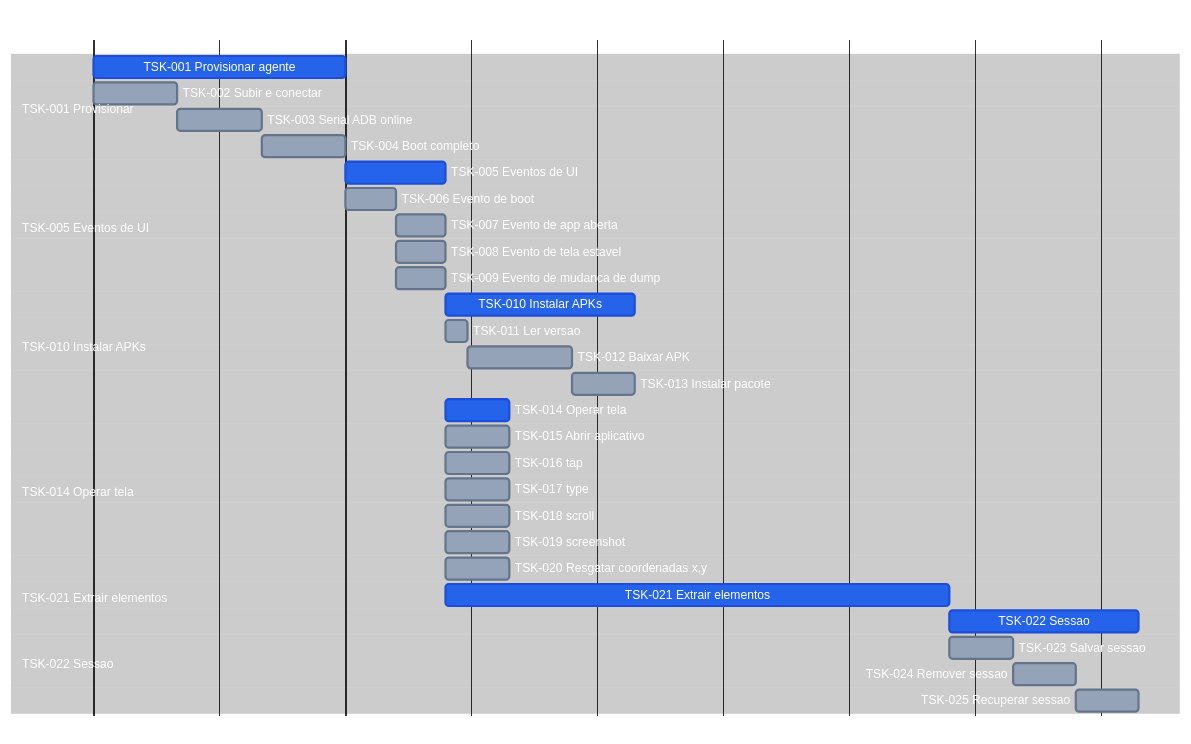
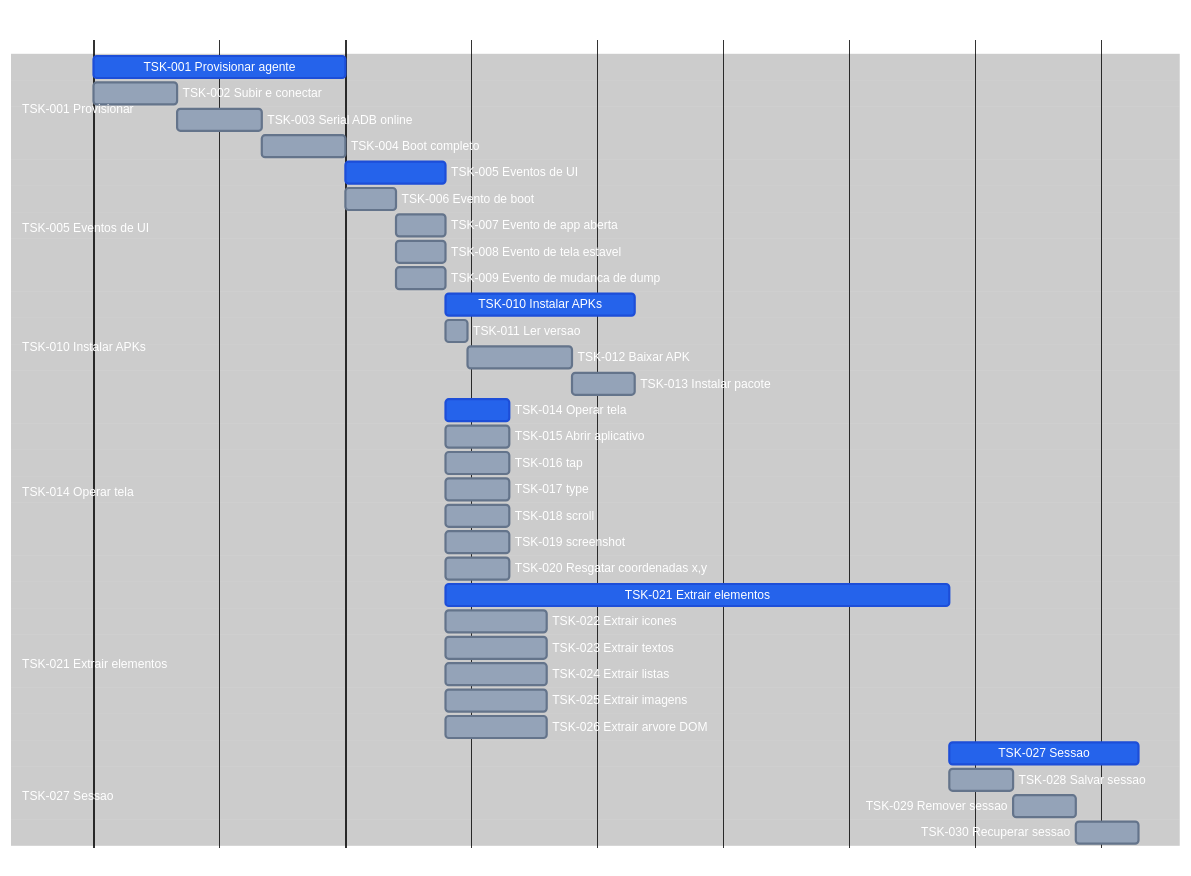
The diagram in connectmax/screen-robot/7.tasks.md (laerciogermano/workstation), drawn with Mermaid before and after one commit. The commit also changed other lines of this file and 8 other files, not shown here.

Commit message:
Expande Extrair elementos em ícones, textos, listas, imagens e árvore DOM.

````diff
--- a/connectmax/screen-robot/7.tasks.md
+++ b/connectmax/screen-robot/7.tasks.md
@@ -13,76 +13,81 @@
 ```mermaid
 ---
 config:
   theme: base
   themeVariables:
     darkMode: true
     background: '#000000'
     primaryTextColor: '#ffffff'
     secondaryTextColor: '#ffffff'
     tertiaryTextColor: '#ffffff'
     textColor: '#ffffff'
     lineColor: '#333333'
     mainBkg: '#000000'
     secondaryColor: '#000000'
     tertiaryColor: '#000000'
     sectionBkgColor: '#000000'
     sectionBkgColor2: '#000000'
     altSectionBkgColor: '#000000'
     gridColor: '#222222'
     excludeBkgColor: '#000000'
     todayLineColor: '#444444'
     doneTaskBkgColor: '#2563eb'
     doneTaskBorderColor: '#1d4ed8'
     taskBkgColor: '#94a3b8'
     taskBorderColor: '#64748b'
     taskTextColor: '#ffffff'
     taskTextDarkColor: '#ffffff'
     taskTextLightColor: '#ffffff'
     taskTextOutsideColor: '#ffffff'
     critBkgColor: '#2563eb'
     critBorderColor: '#1d4ed8'
     activeTaskBkgColor: '#94a3b8'
     activeTaskBorderColor: '#64748b'
 ---
 gantt
   title screen-robot TSK
   dateFormat X
   axisFormat %s
 
   section TSK-001 Provisionar
   TSK-001 Provisionar agente            :done, tsk01, 0, 60m
   TSK-002 Subir e conectar              :tsk02, 0, 20m
   TSK-003 Serial ADB online             :tsk03, after tsk02, 20m
   TSK-004 Boot completo                 :tsk04, after tsk03, 20m
 
   section TSK-005 Eventos de UI
   TSK-005 Eventos de UI                 :done, tsk05, after tsk01, 24m
   TSK-006 Evento de boot                :tsk06, after tsk01, 12m
   TSK-007 Evento de app aberta          :tsk07, after tsk06, 12m
   TSK-008 Evento de tela estavel        :tsk08, after tsk06, 12m
   TSK-009 Evento de mudanca de dump     :tsk09, after tsk06, 12m
 
   section TSK-010 Instalar APKs
   TSK-010 Instalar APKs                 :done, tsk10, after tsk09, 45m
   TSK-011 Ler versao                    :tsk11, after tsk09, 5m
   TSK-012 Baixar APK                    :tsk12, after tsk11, 25m
   TSK-013 Instalar pacote               :tsk13, after tsk12, 15m
 
   section TSK-014 Operar tela
   TSK-014 Operar tela                   :done, tsk14, after tsk09, 15m
   TSK-015 Abrir aplicativo              :tsk15, after tsk09, 15m
   TSK-016 tap                           :tsk16, after tsk09, 15m
   TSK-017 type                          :tsk17, after tsk09, 15m
   TSK-018 scroll                        :tsk18, after tsk09, 15m
   TSK-019 screenshot                    :tsk19, after tsk09, 15m
   TSK-020 Resgatar coordenadas x,y      :tsk20, after tsk09, 15m
 
   section TSK-021 Extrair elementos
   TSK-021 Extrair elementos             :done, tsk21, after tsk09, 120m
+  TSK-022 Extrair icones                :tsk22, after tsk09, 24m
+  TSK-023 Extrair textos                :tsk23, after tsk09, 24m
+  TSK-024 Extrair listas                :tsk24, after tsk09, 24m
+  TSK-025 Extrair imagens               :tsk25, after tsk09, 24m
+  TSK-026 Extrair arvore DOM            :tsk26, after tsk09, 24m
 
-  section TSK-022 Sessao
-  TSK-022 Sessao                        :done, tsk22, after tsk21, 45m
-  TSK-023 Salvar sessao                 :tsk23, after tsk21, 15m
-  TSK-024 Remover sessao                :tsk24, after tsk23, 15m
-  TSK-025 Recuperar sessao              :tsk25, after tsk24, 15m
+  section TSK-027 Sessao
+  TSK-027 Sessao                        :done, tsk27, after tsk21, 45m
+  TSK-028 Salvar sessao                 :tsk28, after tsk21, 15m
+  TSK-029 Remover sessao                :tsk29, after tsk28, 15m
+  TSK-030 Recuperar sessao              :tsk30, after tsk29, 15m
 ```
````
